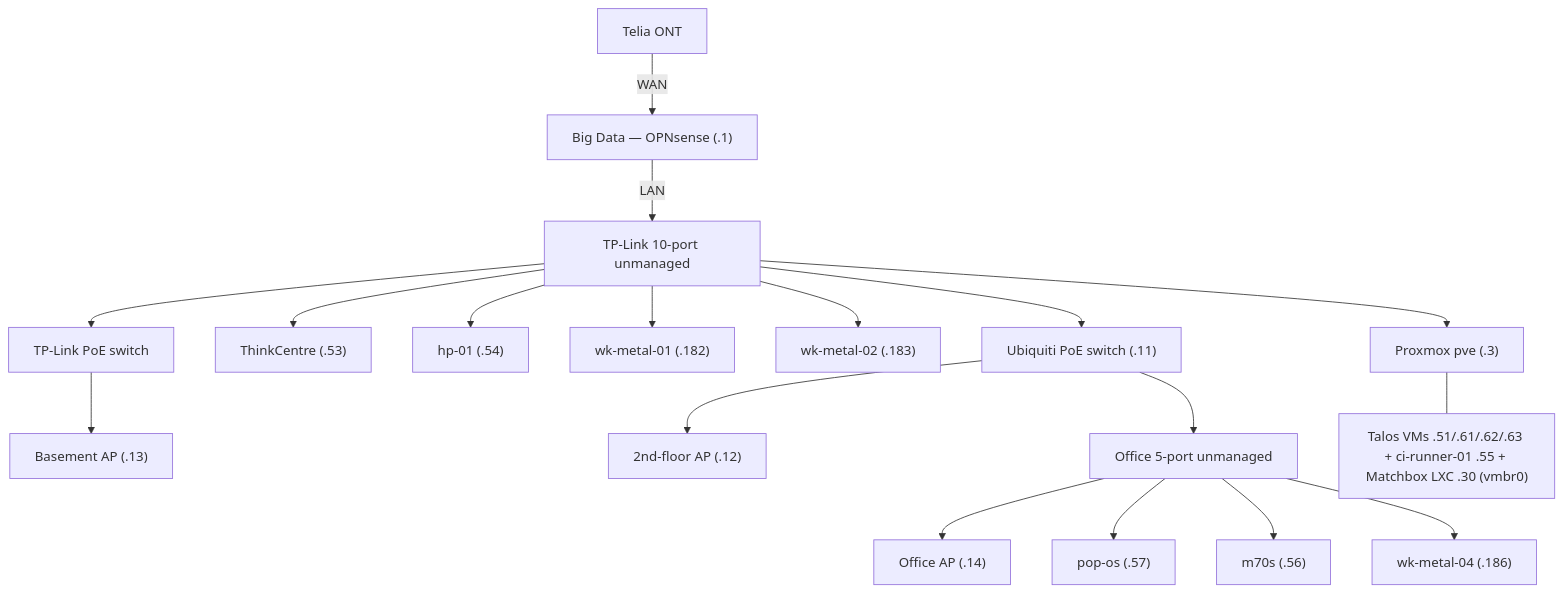
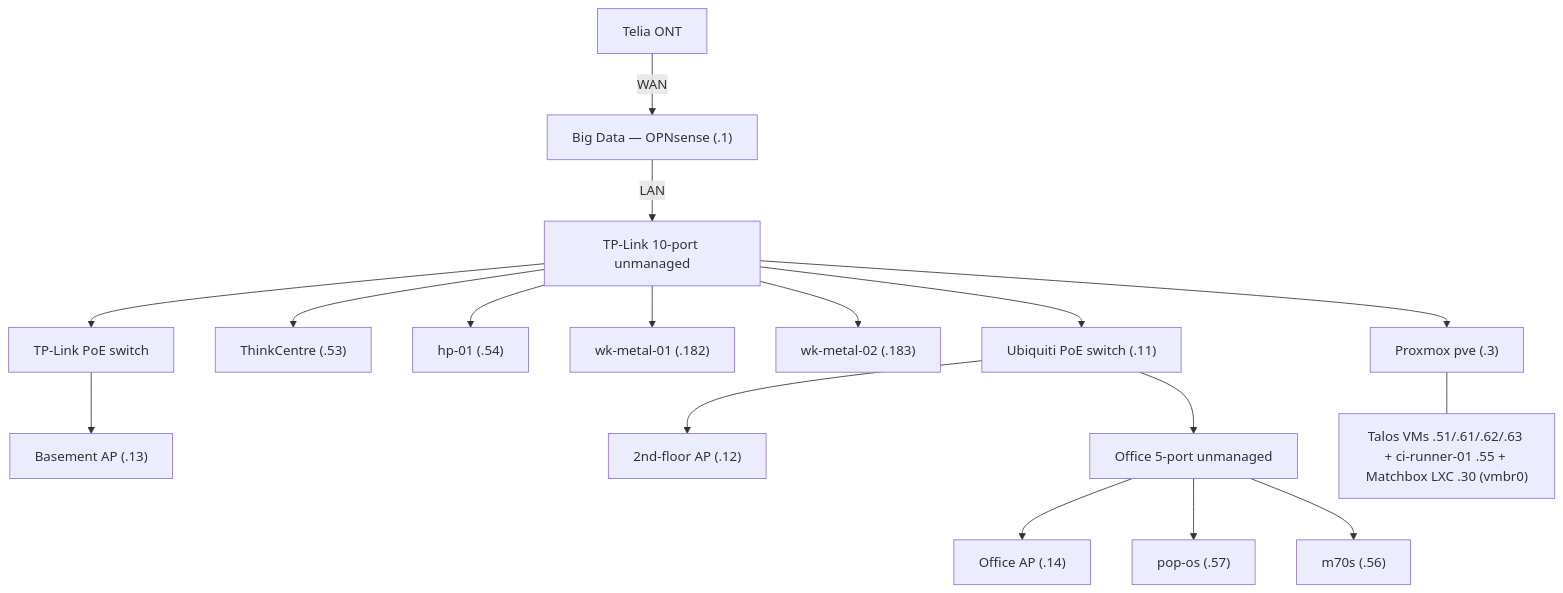
The diagram in docs/network-physical.md (teststuffstash/homelab), drawn with Mermaid before and after one commit. The commit also changed other lines of this file, not shown here.

Commit message:
network-physical: wk-metal-04 (Big Data) on the basement 8-port (operator)

````diff
--- a/docs/network-physical.md
+++ b/docs/network-physical.md
@@ -78,20 +80,19 @@
 ```mermaid
 graph TD
   ONT[Telia ONT] -->|WAN| OPN["Big Data — OPNsense (.1)"]
   OPN -->|LAN| SW10[TP-Link 10-port unmanaged]
   SW10 --> PVE["Proxmox pve (.3)"]
   SW10 --> TC["ThinkCentre (.53)"]
   SW10 --> HP["hp-01 (.54)"]
   SW10 --> WM1["wk-metal-01 (.182)"]
   SW10 --> WM2["wk-metal-02 (.183)"]
   SW10 --> POE1[TP-Link PoE switch]
   SW10 --> UBNT["Ubiquiti PoE switch (.11)"]
   POE1 --> APB["Basement AP (.13)"]
   UBNT --> AP2["2nd-floor AP (.12)"]
   UBNT --> SW5[Office 5-port unmanaged]
   SW5 --> APO["Office AP (.14)"]
   SW5 --> POP["pop-os (.57)"]
   SW5 --> M70S["m70s (.56)"]
-  SW5 --> WM4["wk-metal-04 (.186)"]
   PVE --- VMS["Talos VMs .51/.61/.62/.63 + ci-runner-01 .55 + Matchbox LXC .30 (vmbr0)"]
 ```
````
